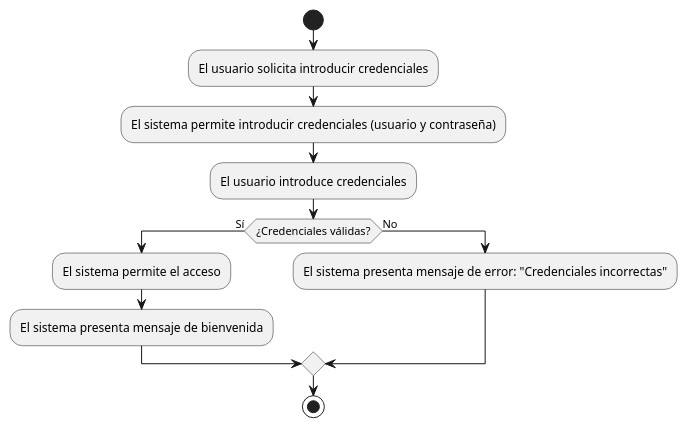
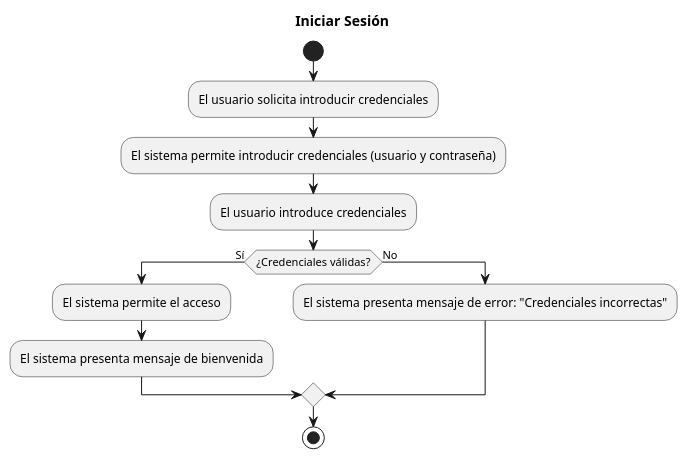
Before and after one commit to mmasias/24-25-IdSw1-SDR: the diagram in casosDeUso/plantUML/IniciarSesión.puml, drawn with PlantUML. The commit also changed 41 other files, not shown here.

```diff
--- a/casosDeUso/plantUML/IniciarSesión.puml
+++ b/casosDeUso/plantUML/IniciarSesión.puml
@@ -1,13 +1,14 @@
 @startuml
+title Iniciar Sesión
 start
 :El usuario solicita introducir credenciales;
 :El sistema permite introducir credenciales (usuario y contraseña);
 :El usuario introduce credenciales;
 if (¿Credenciales válidas?) then (Sí)
   :El sistema permite el acceso;
   :El sistema presenta mensaje de bienvenida;
 else (No)
   :El sistema presenta mensaje de error: "Credenciales incorrectas";
 endif
 stop
 @enduml
```
